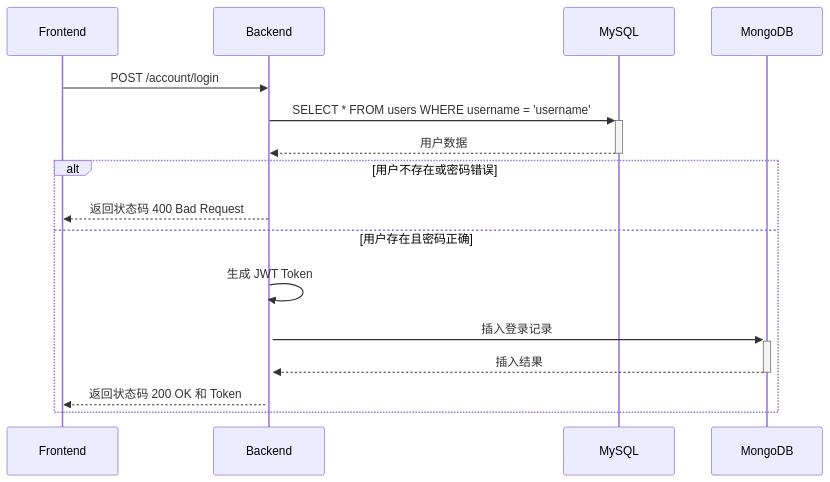
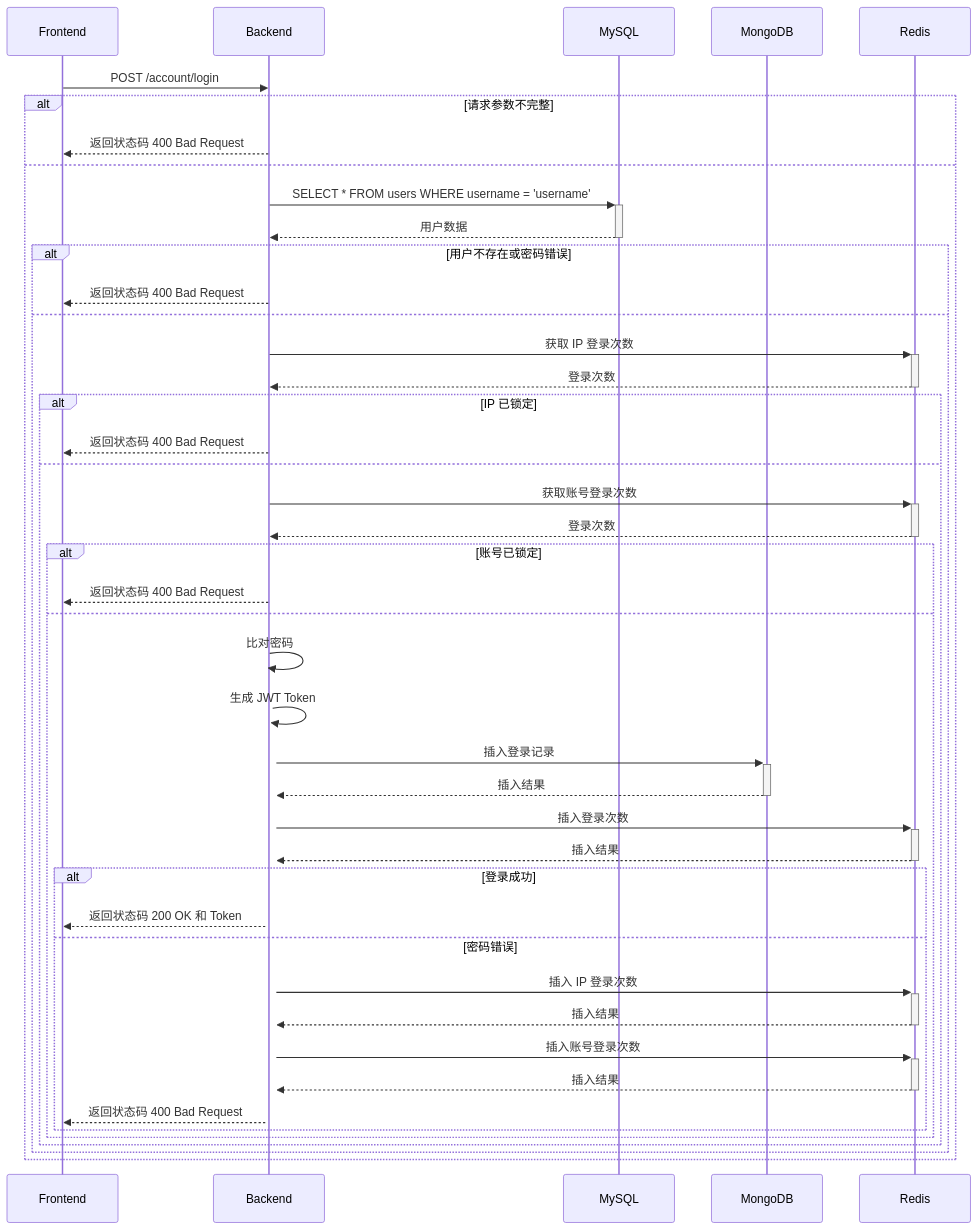
The diagram in img/登录顺序图.md (Clarice0997/YueMedia), drawn with Mermaid before and after one commit. The commit also changed 20 other files, not shown here.

Commit message:
feat: 刷新处理文件任务列表按钮 img: UML 设计图 fix: 登录页面重定向问题

````diff
--- a/img/登录顺序图.md
+++ b/img/登录顺序图.md
@@ -1,20 +1,50 @@
 ```mermaid
 sequenceDiagram
     participant Frontend
     participant Backend
     participant MySQL
     participant MongoDB
+    participant Redis
 
     Frontend->>Backend: POST /account/login
-    Backend->>+MySQL: SELECT * FROM users WHERE username = 'username'
-    MySQL-->>-Backend: 用户数据
-    alt 用户不存在或密码错误
+    alt 请求参数不完整
         Backend-->>Frontend: 返回状态码 400 Bad Request
-    else 用户存在且密码正确
-        Backend->>+Backend: 生成 JWT Token
-        Backend->>+MongoDB: 插入登录记录
-        MongoDB-->>-Backend: 插入结果
-        Backend-->>Frontend: 返回状态码 200 OK 和 Token
+    else
+        Backend->>+MySQL: SELECT * FROM users WHERE username = 'username'
+        MySQL-->>-Backend: 用户数据
+        alt 用户不存在或密码错误
+            Backend-->>Frontend: 返回状态码 400 Bad Request
+        else
+            Backend->>+Redis: 获取 IP 登录次数
+            Redis-->>-Backend: 登录次数
+            alt IP 已锁定
+                Backend-->>Frontend: 返回状态码 400 Bad Request
+            else
+                Backend->>+Redis: 获取账号登录次数
+                Redis-->>-Backend: 登录次数
+                alt 账号已锁定
+                    Backend-->>Frontend: 返回状态码 400 Bad Request
+                else
+                    Backend->>+Backend: 比对密码
+                    Backend->>+Backend: 生成 JWT Token
+                    Backend->>+MongoDB: 插入登录记录
+                    MongoDB-->>-Backend: 插入结果
+                    Backend->>+Redis: 插入登录次数
+                    Redis-->>-Backend: 插入结果
+                    alt 登录成功
+                        Backend-->>Frontend: 返回状态码 200 OK 和 Token
+                    else 密码错误
+                        Backend->>+Redis: 插入 IP 登录次数
+                        Redis-->>-Backend: 插入结果
+                        Backend->>+Redis: 插入账号登录次数
+                        Redis-->>-Backend: 插入结果
+                        Backend-->>Frontend: 返回状态码 400 Bad Request
+                    end
+                end
+            end
+        end
     end
 
+
+
 ```
````
